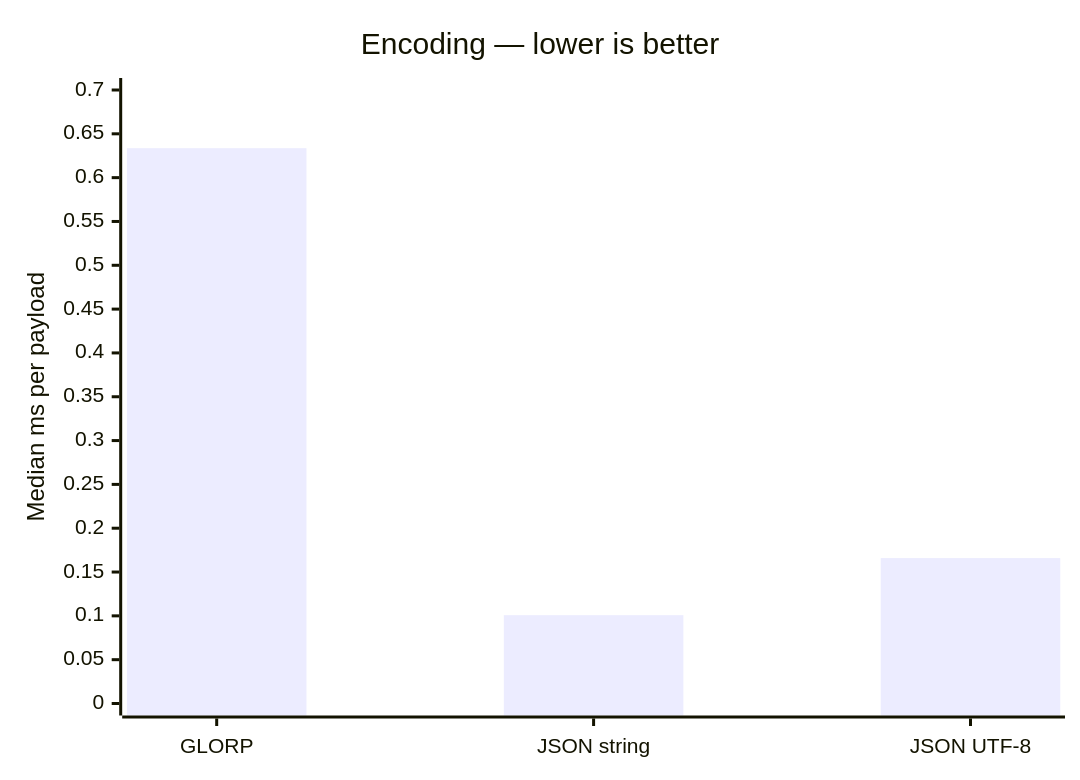
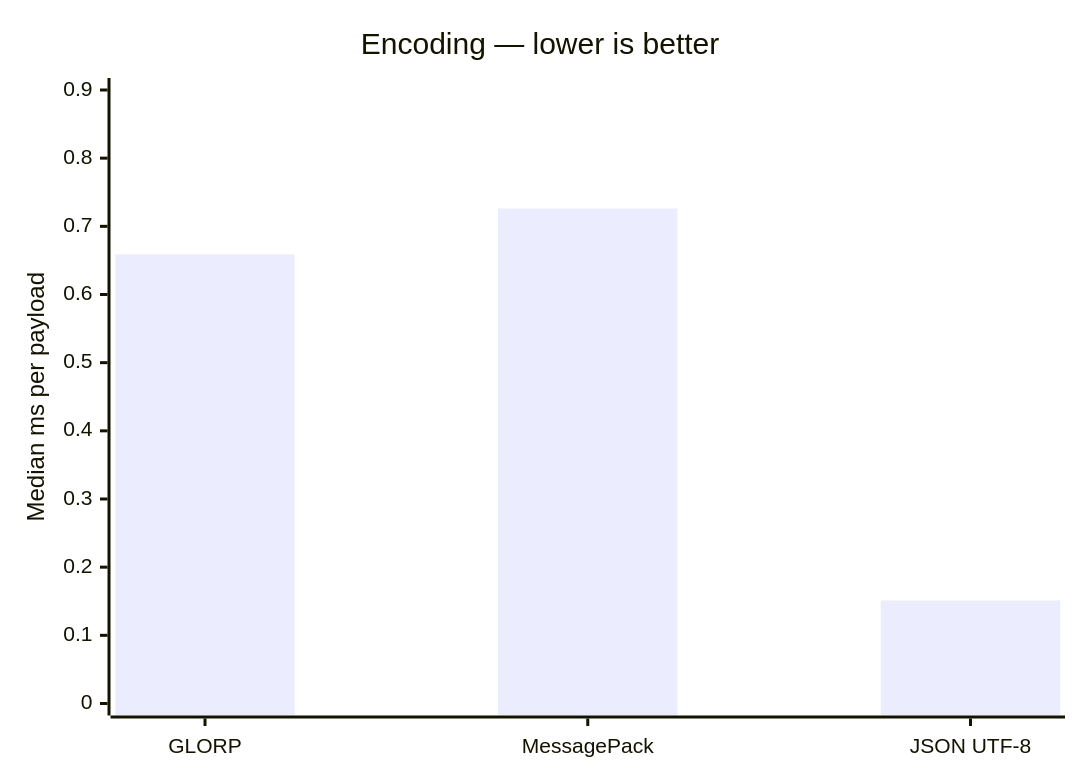
Before and after one commit to Ranchonyx/GLORP: the second of 3 diagrams in README.md, drawn with Mermaid. The commit also changed other lines of this file and 27 other files, not shown here.

````diff
--- a/README.md
+++ b/README.md
@@ -13,7 +21,7 @@
 ```mermaid
 xychart-beta
     title "Encoding — lower is better"
-    x-axis ["GLORP", "JSON string", "JSON UTF-8"]
-    y-axis "Median ms per payload" 0 --> 0.7
-    bar [0.6336, 0.1008, 0.1659]
+    x-axis ["GLORP", "MessagePack", "JSON UTF-8"]
+    y-axis "Median ms per payload" 0 --> 0.9
+    bar [0.6589, 0.7261, 0.1512]
 ```
````
